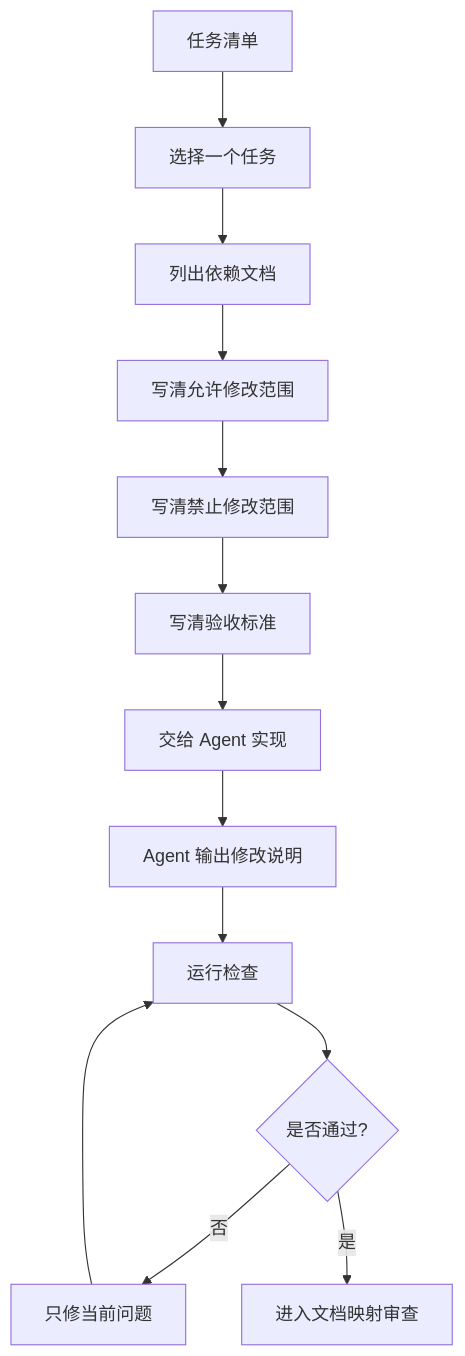
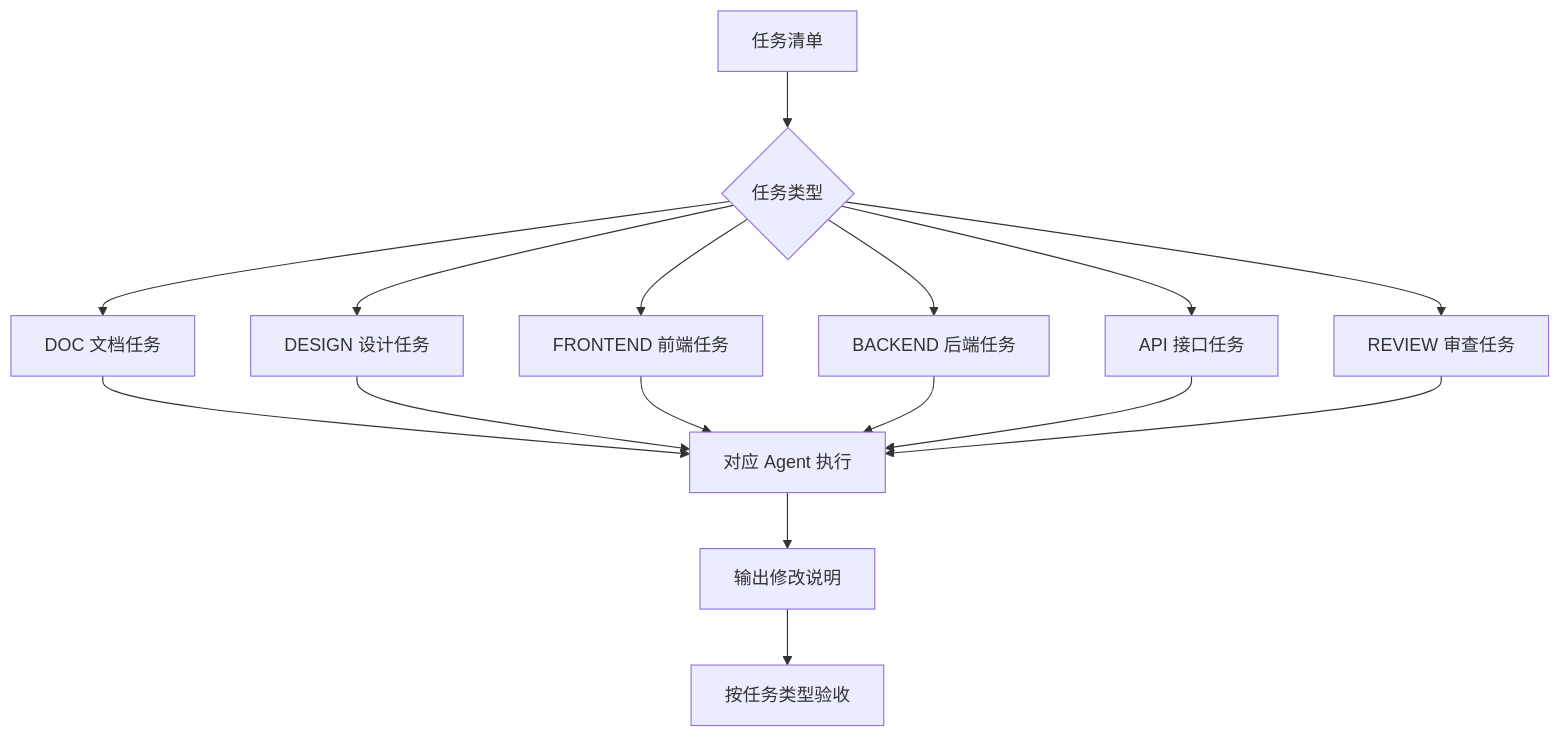
One commit to zhidao-studio/ai-product-engineering-in-action changed the diagram in docs/02_lessons/visual/lesson-05-visual-task-driven-coding.md. Above: the diagram before and after it, drawn with Mermaid. The commit also changed other lines of this file, not shown here.

Commit message:
更新第 5 课，按设计前端后端接口任务类型约束 Agent

````diff
--- a/docs/02_lessons/visual/lesson-05-visual-task-driven-coding.md
+++ b/docs/02_lessons/visual/lesson-05-visual-task-driven-coding.md
@@ -24,15 +31,18 @@
 ```mermaid
 flowchart TD
-    A[任务清单] --> B[选择一个任务]
-    B --> C[列出依赖文档]
-    C --> D[写清允许修改范围]
-    D --> E[写清禁止修改范围]
-    E --> F[写清验收标准]
-    F --> G[交给 Agent 实现]
-    G --> H[Agent 输出修改说明]
-    H --> I[运行检查]
-    I --> J{是否通过?}
-    J -- 否 --> K[只修当前问题]
-    K --> I
-    J -- 是 --> L[进入文档映射审查]
+    A[任务清单] --> B{任务类型}
+    B --> C[DOC 文档任务]
+    B --> D[DESIGN 设计任务]
+    B --> E[FRONTEND 前端任务]
+    B --> F[BACKEND 后端任务]
+    B --> G[API 接口任务]
+    B --> H[REVIEW 审查任务]
+    C --> I[对应 Agent 执行]
+    D --> I
+    E --> I
+    F --> I
+    G --> I
+    H --> I
+    I --> J[输出修改说明]
+    J --> K[按任务类型验收]
 ```
````
